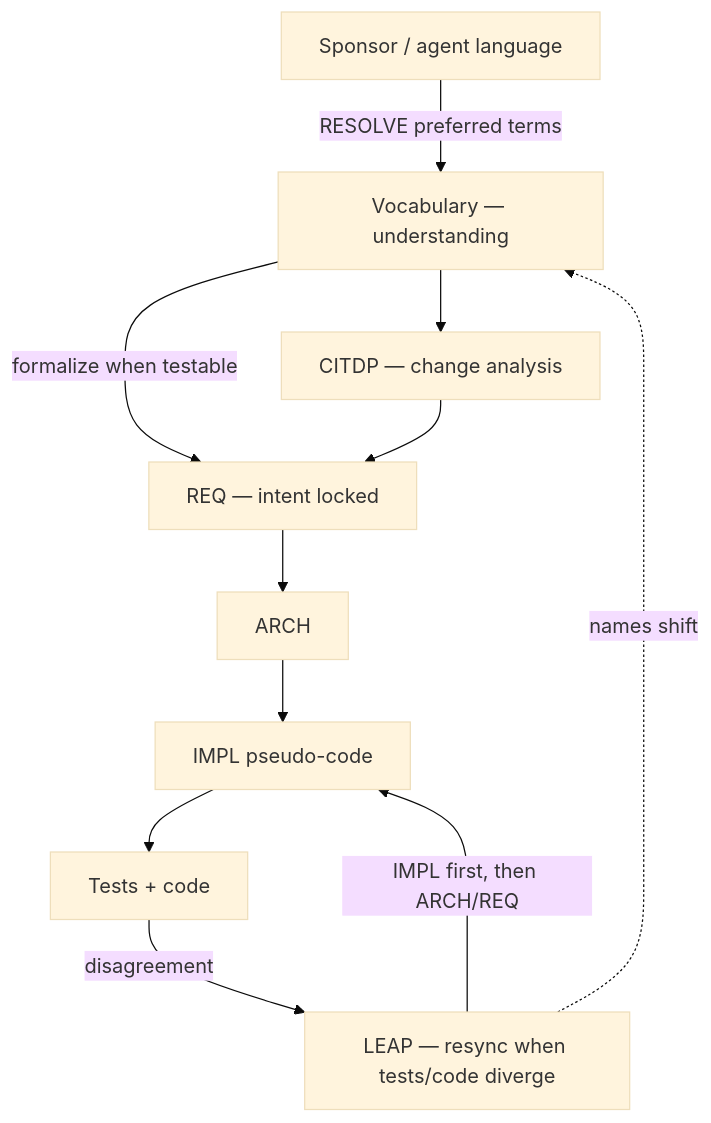
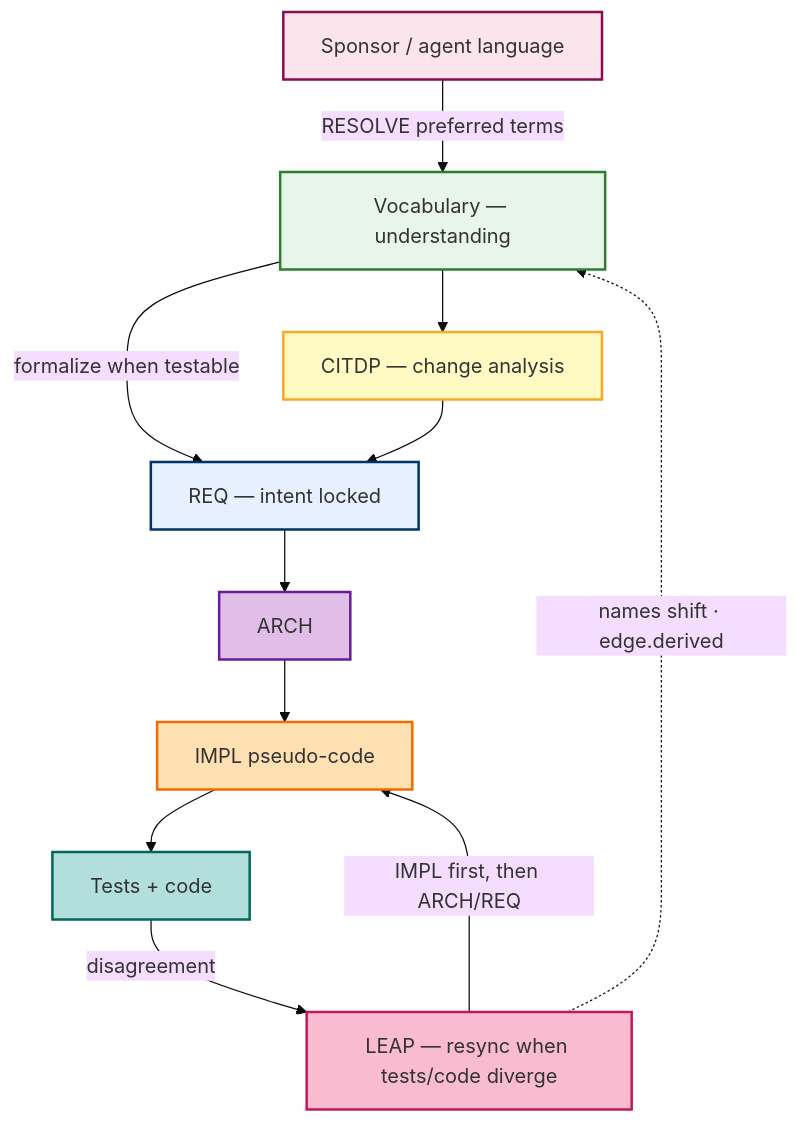
Before and after one commit to fareedst/tied: the diagram in docs/vocabulary-layer-tied-leap-citdp.md, drawn with Mermaid (base theme). The commit also changed other lines of this file and 18 other files, not shown here.

First line of the commit message:
Add STDD vocab visual encoding registry and term color index.

````diff
--- a/docs/vocabulary-layer-tied-leap-citdp.md
+++ b/docs/vocabulary-layer-tied-leap-citdp.md
@@ -31,20 +31,29 @@
 ```mermaid
 flowchart TB
-  Sponsor["Sponsor / agent language"]
-  Vocab["Vocabulary — understanding"]
-  CITDP["CITDP — change analysis"]
-  REQ["REQ — intent locked"]
-  ARCH["ARCH"]
-  IMPL["IMPL pseudo-code"]
-  Tests["Tests + code"]
-  LEAP["LEAP — resync when tests/code diverge"]
+  %% palette: docs/visual-encoding-standards.md
+  classDef domGovernanceChoice fill:#fce4ec,stroke:#880e4f,stroke-width:2px
+  classDef layerVocab fill:#e8f5e9,stroke:#2e7d32,stroke-width:2px
+  classDef layerCitdp fill:#fff9c4,stroke:#f9a825,stroke-width:2px
+  classDef layerReq fill:#e7f0ff,stroke:#003366,stroke-width:2px
+  classDef layerArch fill:#e1bee7,stroke:#6a1b9a,stroke-width:2px
+  classDef layerImpl fill:#ffe0b2,stroke:#ef6c00,stroke-width:2px
+  classDef layerTests fill:#b2dfdb,stroke:#00695c,stroke-width:2px
+  classDef layerLeap fill:#f8bbd0,stroke:#c2185b,stroke-width:2px
+  Sponsor["Sponsor / agent language"]:::domGovernanceChoice
+  Vocab["Vocabulary — understanding"]:::layerVocab
+  CITDP["CITDP — change analysis"]:::layerCitdp
+  REQ["REQ — intent locked"]:::layerReq
+  ARCH["ARCH"]:::layerArch
+  IMPL["IMPL pseudo-code"]:::layerImpl
+  Tests["Tests + code"]:::layerTests
+  LEAP["LEAP — resync when tests/code diverge"]:::layerLeap
 
   Sponsor -->|"RESOLVE preferred terms"| Vocab
   Vocab --> CITDP
   Vocab -->|"formalize when testable"| REQ
   CITDP --> REQ
   REQ --> ARCH --> IMPL --> Tests
   Tests -->|"disagreement"| LEAP
   LEAP -->|"IMPL first, then ARCH/REQ"| IMPL
-  LEAP -.->|"names shift"| Vocab
+  LEAP -.->|"names shift · edge.derived"| Vocab
 ```
````
